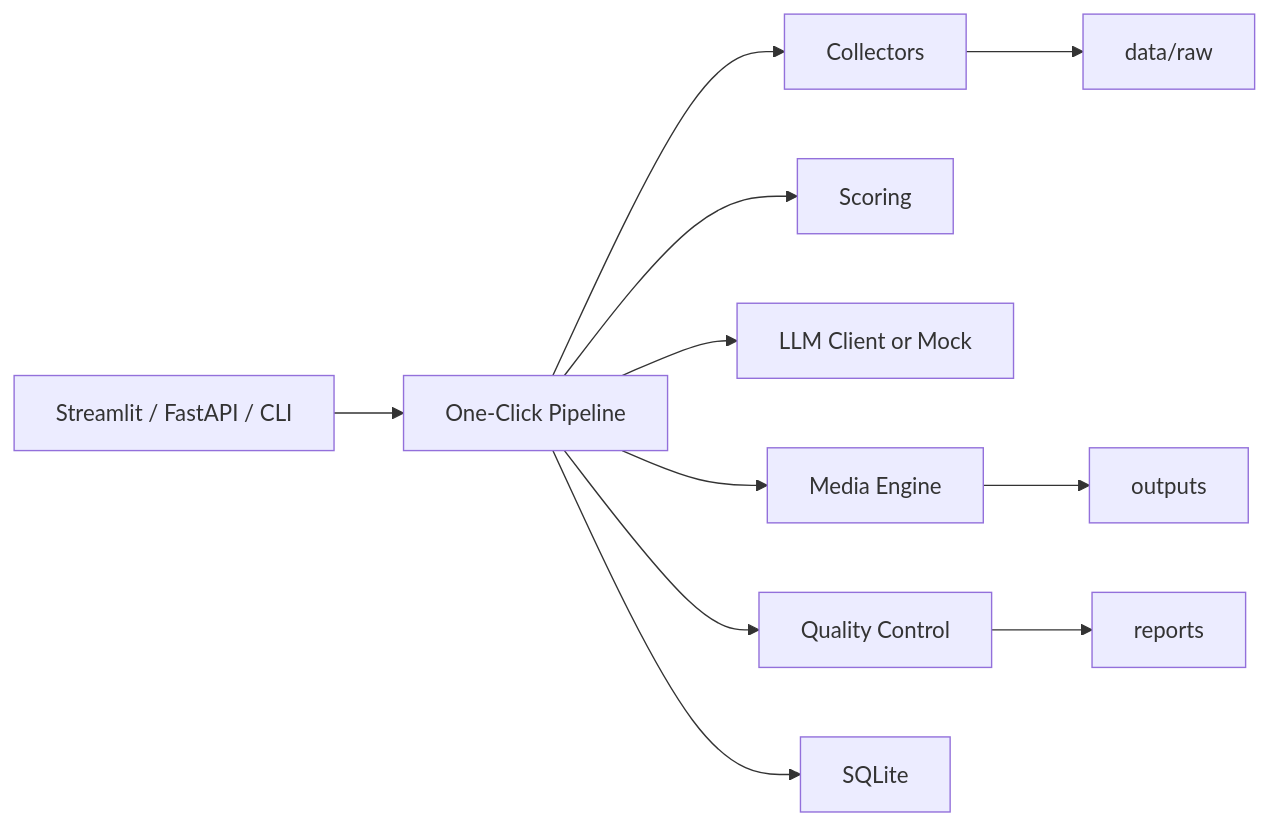
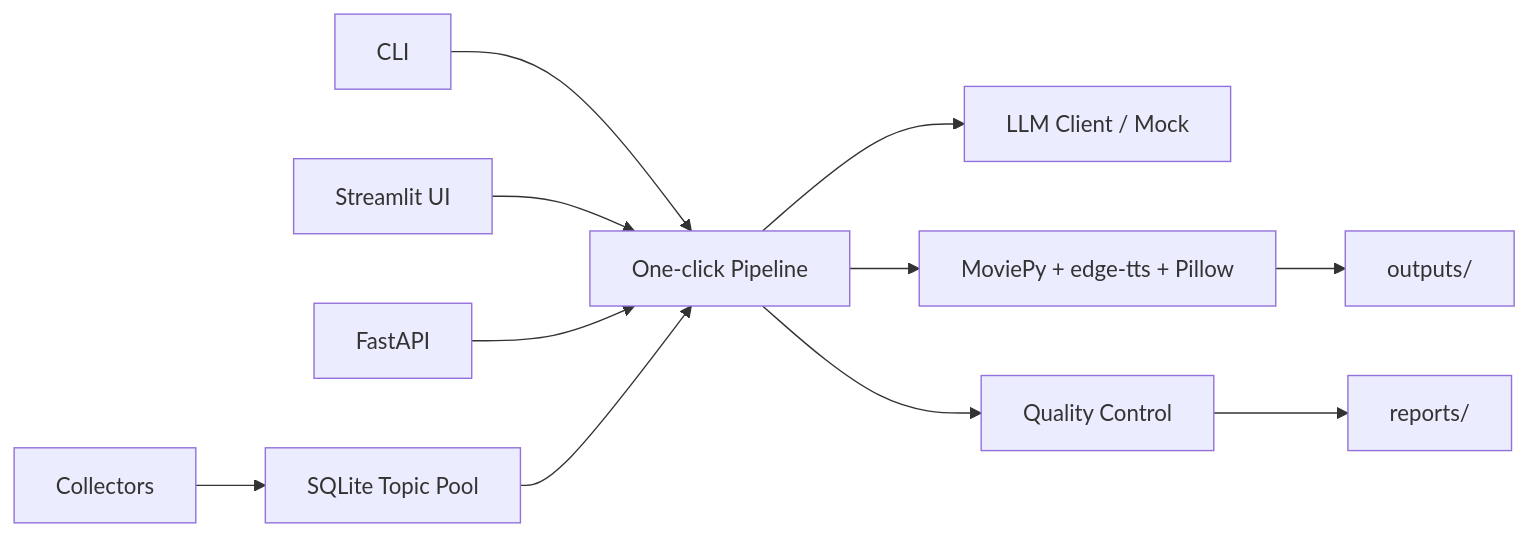
One commit to 2417467487-hub/Trend2Video-Pro changed the second of 2 diagrams in README.md. Above: the diagram before and after it, drawn with Mermaid. The commit also changed other lines of this file and 35 other files, not shown here.

````diff
--- a/README.md
+++ b/README.md
@@ -107,13 +129,13 @@
 ```mermaid
 flowchart LR
-    UI["Streamlit / FastAPI / CLI"] --> Pipeline["One-Click Pipeline"]
-    Pipeline --> Collectors["Collectors"]
-    Pipeline --> Scoring["Scoring"]
-    Pipeline --> LLM["LLM Client or Mock"]
-    Pipeline --> Media["Media Engine"]
+    CLI["CLI"] --> Pipeline["One-click Pipeline"]
+    UI["Streamlit UI"] --> Pipeline
+    API["FastAPI"] --> Pipeline
+    Collectors["Collectors"] --> DB["SQLite Topic Pool"]
+    DB --> Pipeline
+    Pipeline --> LLM["LLM Client / Mock"]
+    Pipeline --> Media["MoviePy + edge-tts + Pillow"]
     Pipeline --> QC["Quality Control"]
-    Pipeline --> DB["SQLite"]
-    Collectors --> Raw["data/raw"]
-    Media --> Outputs["outputs"]
-    QC --> Reports["reports"]
+    Media --> Outputs["outputs/"]
+    QC --> Reports["reports/"]
 ```
````
